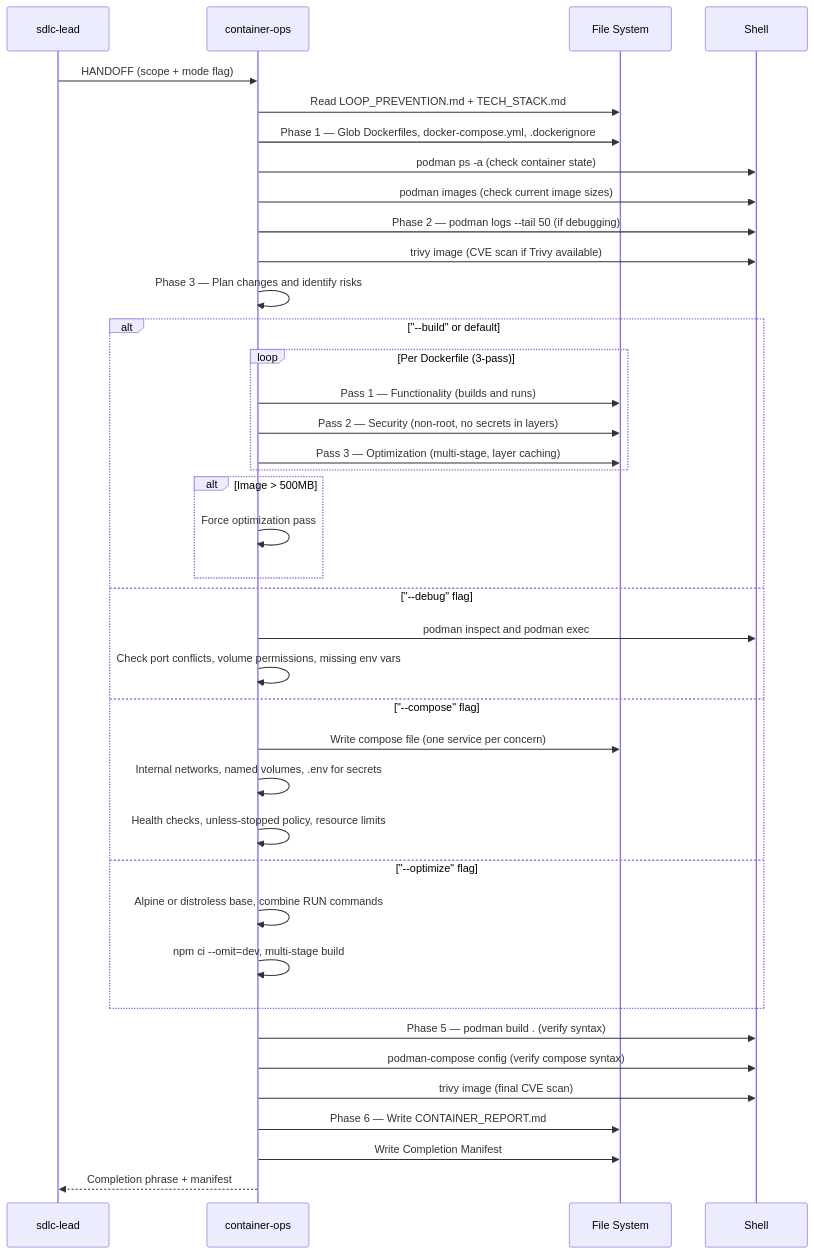
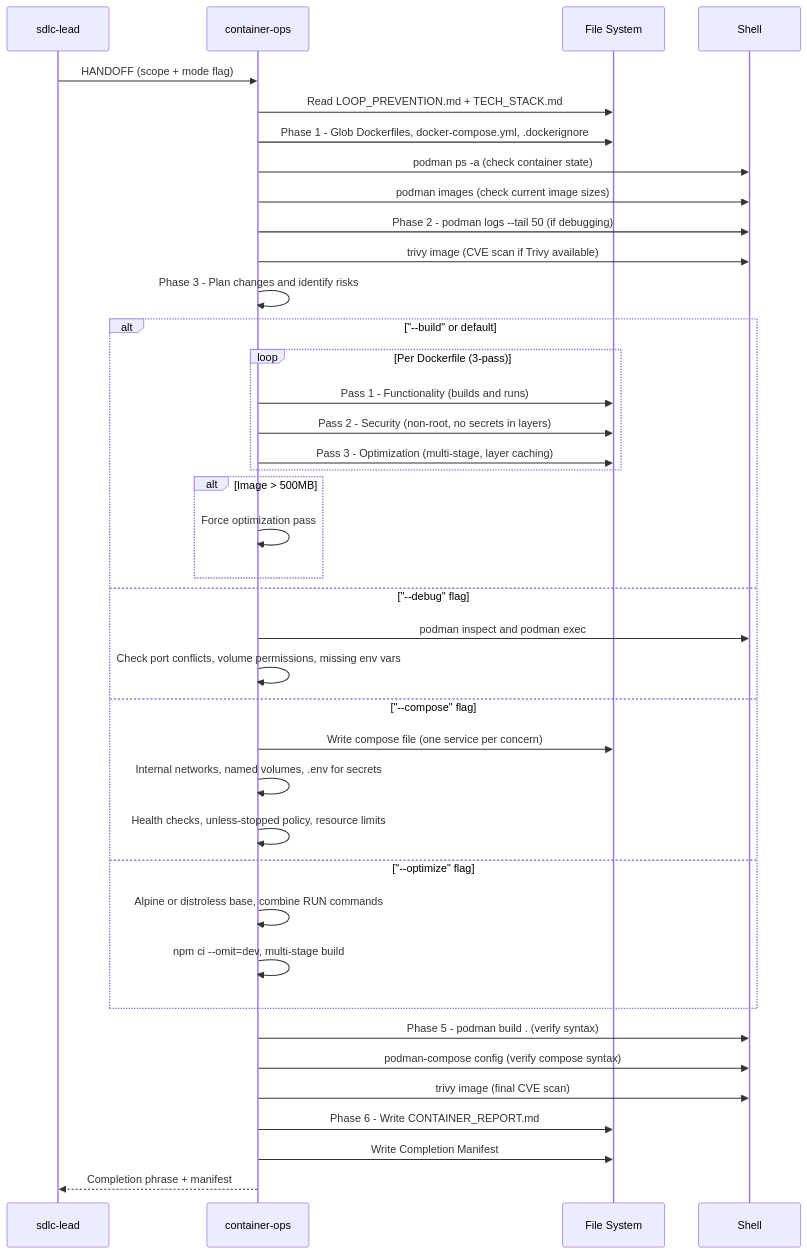
One commit to bpmforge/attest changed the diagram in docs/review/05-agents/15-container-ops.md. Above: the diagram before and after it, drawn with Mermaid. The commit also changed 28 other files, not shown here.

First line of the commit message:
docs: refresh all docs for v1.1-v1.6 + autofix mermaid in review book

````diff
--- a/docs/review/05-agents/15-container-ops.md
+++ b/docs/review/05-agents/15-container-ops.md
@@ -13,46 +13,46 @@
 ```mermaid
 sequenceDiagram
     participant LEAD as sdlc-lead
     participant CONT as container-ops
     participant FS as File System
     participant SH as Shell
 
     LEAD->>CONT: HANDOFF (scope + mode flag)
     CONT->>FS: Read LOOP_PREVENTION.md + TECH_STACK.md
-    CONT->>FS: Phase 1 — Glob Dockerfiles, docker-compose.yml, .dockerignore
+    CONT->>FS: Phase 1 - Glob Dockerfiles, docker-compose.yml, .dockerignore
     CONT->>SH: podman ps -a (check container state)
     CONT->>SH: podman images (check current image sizes)
 
-    CONT->>SH: Phase 2 — podman logs --tail 50 (if debugging)
+    CONT->>SH: Phase 2 - podman logs --tail 50 (if debugging)
     CONT->>SH: trivy image (CVE scan if Trivy available)
 
-    CONT->>CONT: Phase 3 — Plan changes and identify risks
+    CONT->>CONT: Phase 3 - Plan changes and identify risks
 
     alt "--build" or default
         loop Per Dockerfile (3-pass)
-            CONT->>FS: Pass 1 — Functionality (builds and runs)
-            CONT->>FS: Pass 2 — Security (non-root, no secrets in layers)
-            CONT->>FS: Pass 3 — Optimization (multi-stage, layer caching)
+            CONT->>FS: Pass 1 - Functionality (builds and runs)
+            CONT->>FS: Pass 2 - Security (non-root, no secrets in layers)
+            CONT->>FS: Pass 3 - Optimization (multi-stage, layer caching)
         end
         alt Image > 500MB
             CONT->>CONT: Force optimization pass
         end
     else "--debug" flag
         CONT->>SH: podman inspect and podman exec
         CONT->>CONT: Check port conflicts, volume permissions, missing env vars
     else "--compose" flag
         CONT->>FS: Write compose file (one service per concern)
         CONT->>CONT: Internal networks, named volumes, .env for secrets
         CONT->>CONT: Health checks, unless-stopped policy, resource limits
     else "--optimize" flag
         CONT->>CONT: Alpine or distroless base, combine RUN commands
         CONT->>CONT: npm ci --omit=dev, multi-stage build
     end
 
-    CONT->>SH: Phase 5 — podman build . (verify syntax)
+    CONT->>SH: Phase 5 - podman build . (verify syntax)
     CONT->>SH: podman-compose config (verify compose syntax)
     CONT->>SH: trivy image (final CVE scan)
-    CONT->>FS: Phase 6 — Write CONTAINER_REPORT.md
+    CONT->>FS: Phase 6 - Write CONTAINER_REPORT.md
     CONT->>FS: Write Completion Manifest
     CONT-->>LEAD: Completion phrase + manifest
 ```
````
